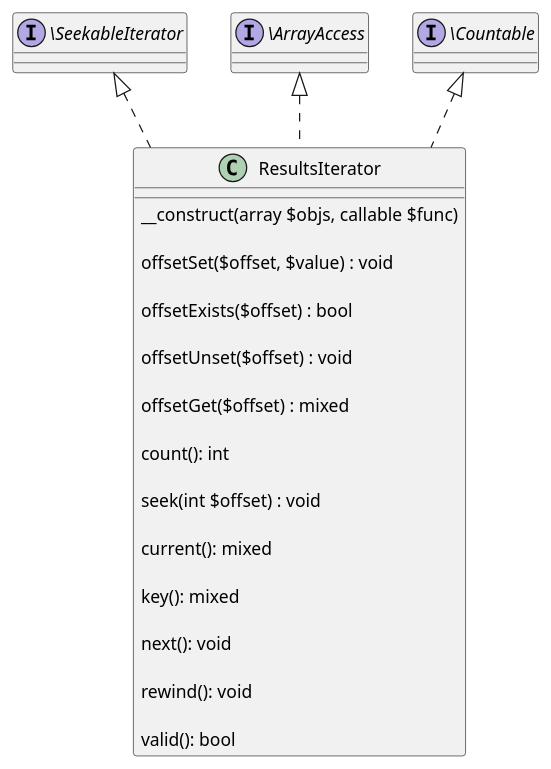
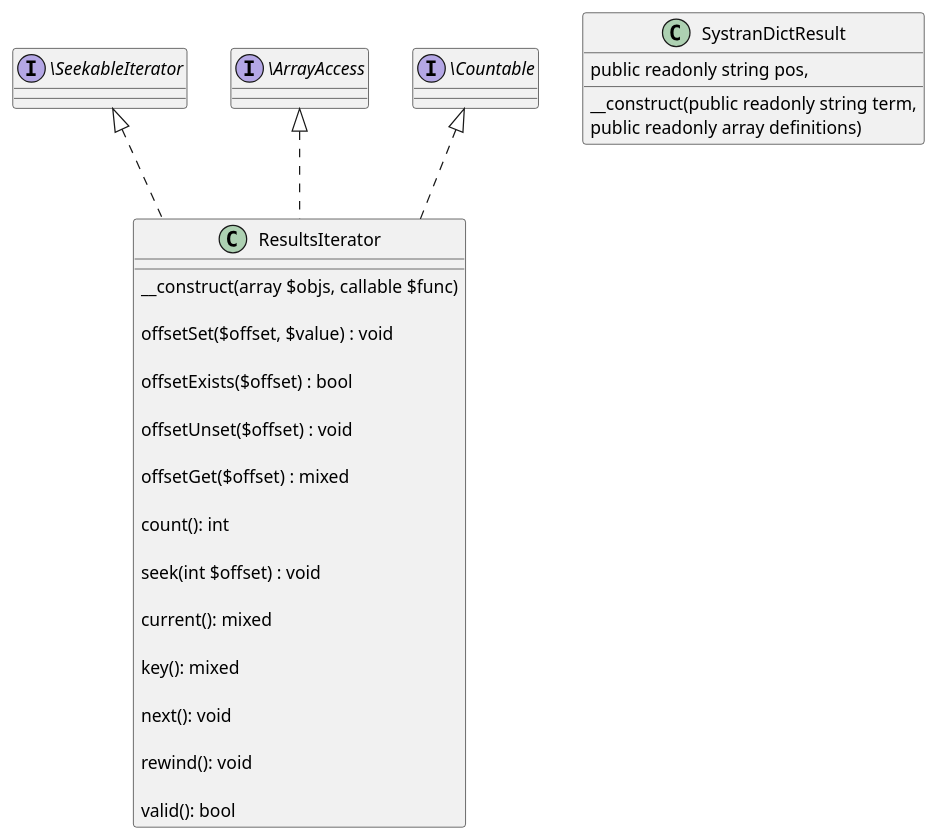
Before and after one commit to kurt-krueckeberg/php-translation-and-dictionary-rest-api-classes: the third of 3 diagrams in README.md, drawn with PlantUML.

````diff
--- a/README.md
+++ b/README.md
@@ -161,29 +161,35 @@
 ```plantuml
-
 class ResultsIterator implements  \SeekableIterator, \ArrayAccess, \Countable {
 
      __construct(array $objs, callable $func) 
     
     offsetSet($offset, $value) : void
 
     offsetExists($offset) : bool
 
     offsetUnset($offset) : void
 
     offsetGet($offset) : mixed
 
     count(): int
 
     seek(int $offset) : void 
    
     current(): mixed
 
     key(): mixed
 
     next(): void
 
     rewind(): void
 
     valid(): bool
 }
+class  SystranDictResult {
+
+ __construct(public readonly string term,
+              public readonly string pos,
+              public readonly array definitions) 
+	      
+}
 ```
````
